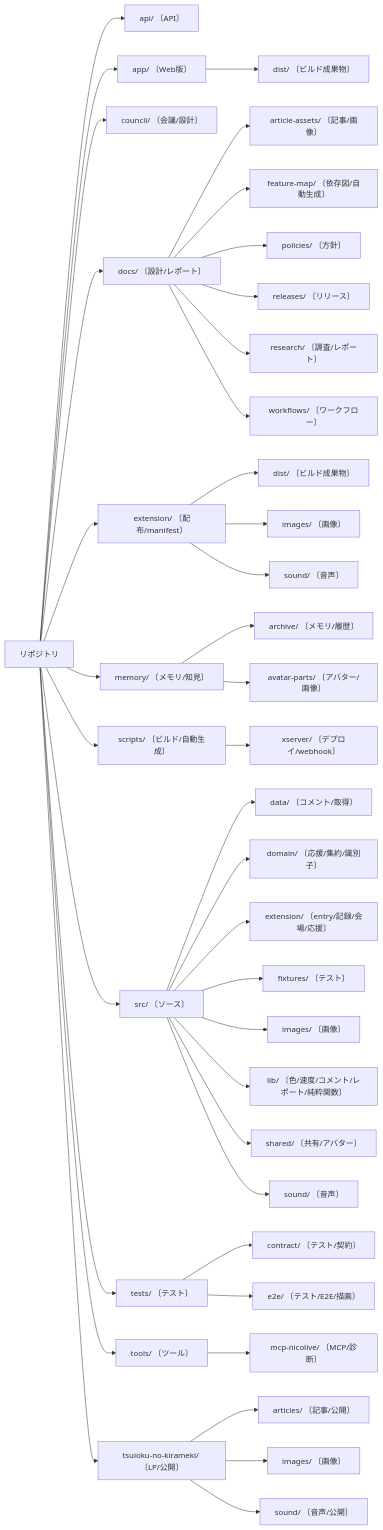
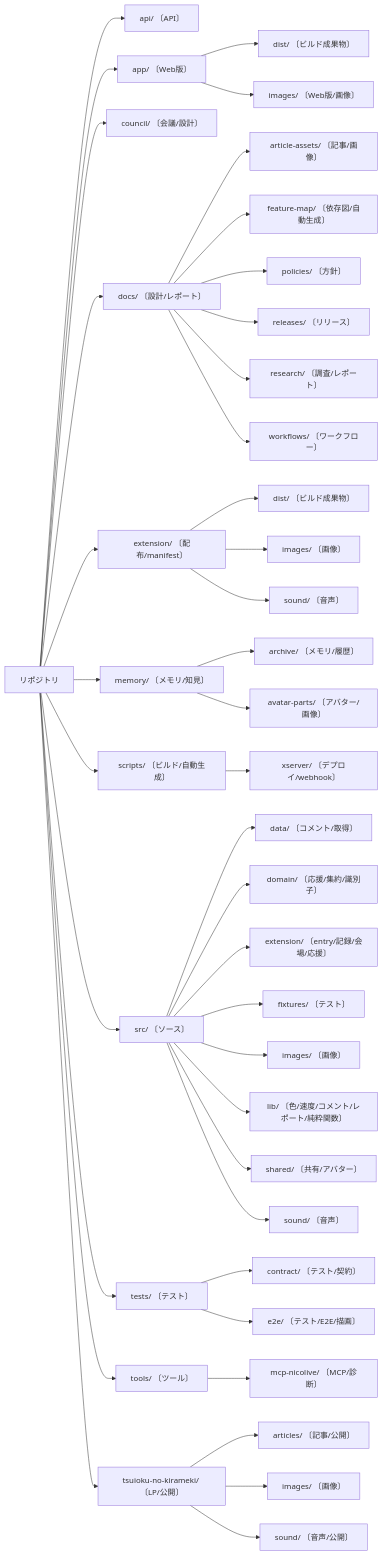
The first of 2 diagrams in docs/repo-tree-map.md (kimito-link/tsuioku-no-kirameki.com), drawn with Mermaid before and after one commit. The commit also changed other lines of this file and 19 other files, not shown here.

````diff
--- a/docs/repo-tree-map.md
+++ b/docs/repo-tree-map.md
@@ -16,42 +16,43 @@
 ```mermaid
 graph LR
   ROOT["リポジトリ"]
   ROOT --> d0["api/ 〔API〕"]
   ROOT --> d1["app/ 〔Web版〕"]
   d1 --> d1_0["dist/ 〔ビルド成果物〕"]
+  d1 --> d1_1["images/ 〔Web版/画像〕"]
   ROOT --> d2["council/ 〔会議/設計〕"]
   ROOT --> d3["docs/ 〔設計/レポート〕"]
   d3 --> d3_0["article-assets/ 〔記事/画像〕"]
   d3 --> d3_1["feature-map/ 〔依存図/自動生成〕"]
   d3 --> d3_2["policies/ 〔方針〕"]
   d3 --> d3_3["releases/ 〔リリース〕"]
   d3 --> d3_4["research/ 〔調査/レポート〕"]
   d3 --> d3_5["workflows/ 〔ワークフロー〕"]
   ROOT --> d4["extension/ 〔配布/manifest〕"]
   d4 --> d4_0["dist/ 〔ビルド成果物〕"]
   d4 --> d4_1["images/ 〔画像〕"]
   d4 --> d4_2["sound/ 〔音声〕"]
   ROOT --> d5["memory/ 〔メモリ/知見〕"]
   d5 --> d5_0["archive/ 〔メモリ/履歴〕"]
   d5 --> d5_1["avatar-parts/ 〔アバター/画像〕"]
   ROOT --> d6["scripts/ 〔ビルド/自動生成〕"]
   d6 --> d6_0["xserver/ 〔デプロイ/webhook〕"]
   ROOT --> d7["src/ 〔ソース〕"]
   d7 --> d7_0["data/ 〔コメント/取得〕"]
   d7 --> d7_1["domain/ 〔応援/集約/識別子〕"]
   d7 --> d7_2["extension/ 〔entry/記録/会場/応援〕"]
   d7 --> d7_3["fixtures/ 〔テスト〕"]
   d7 --> d7_4["images/ 〔画像〕"]
   d7 --> d7_5["lib/ 〔色/速度/コメント/レポート/純粋関数〕"]
   d7 --> d7_6["shared/ 〔共有/アバター〕"]
   d7 --> d7_7["sound/ 〔音声〕"]
   ROOT --> d8["tests/ 〔テスト〕"]
   d8 --> d8_0["contract/ 〔テスト/契約〕"]
   d8 --> d8_1["e2e/ 〔テスト/E2E/描画〕"]
   ROOT --> d9["tools/ 〔ツール〕"]
   d9 --> d9_0["mcp-nicolive/ 〔MCP/診断〕"]
   ROOT --> d10["tsuioku-no-kirameki/ 〔LP/公開〕"]
   d10 --> d10_0["articles/ 〔記事/公開〕"]
   d10 --> d10_1["images/ 〔画像〕"]
   d10 --> d10_2["sound/ 〔音声/公開〕"]
 ```
````
